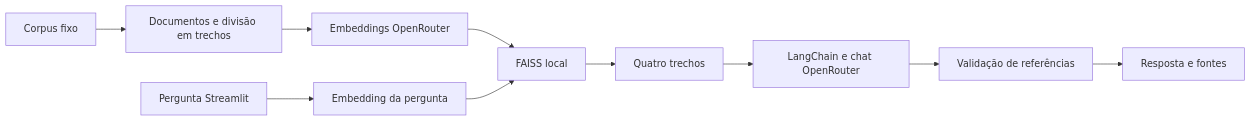
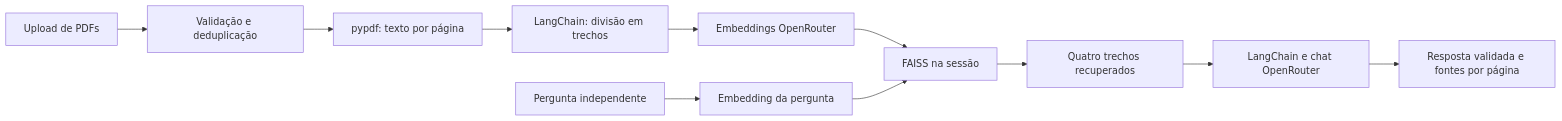
The diagram in README.md (Pasique/RAGDocs), drawn with Mermaid before and after one commit. The commit also changed other lines of this file and 16 other files, not shown here.

Commit message:
refactor: substitui corpus por avaliação com PDFs sintéticos

````diff
--- a/README.md
+++ b/README.md
@@ -82,12 +95,13 @@
 ```mermaid
 flowchart LR
-    D[Corpus fixo] --> I[Documentos e divisão em trechos]
-    I --> E[Embeddings OpenRouter]
-    E --> F[FAISS local]
-    U[Pergunta Streamlit] --> Q[Embedding da pergunta]
-    Q --> F
-    F --> R[Quatro trechos]
+    U[Upload de PDFs] --> V[Validação e deduplicação]
+    V --> P[pypdf: texto por página]
+    P --> C[LangChain: divisão em trechos]
+    C --> E[Embeddings OpenRouter]
+    E --> F[FAISS na sessão]
+    Q[Pergunta independente] --> B[Embedding da pergunta]
+    B --> F
+    F --> R[Quatro trechos recuperados]
     R --> L[LangChain e chat OpenRouter]
-    L --> V[Validação de referências]
-    V --> A[Resposta e fontes]
+    L --> A[Resposta validada e fontes por página]
 ```
````
